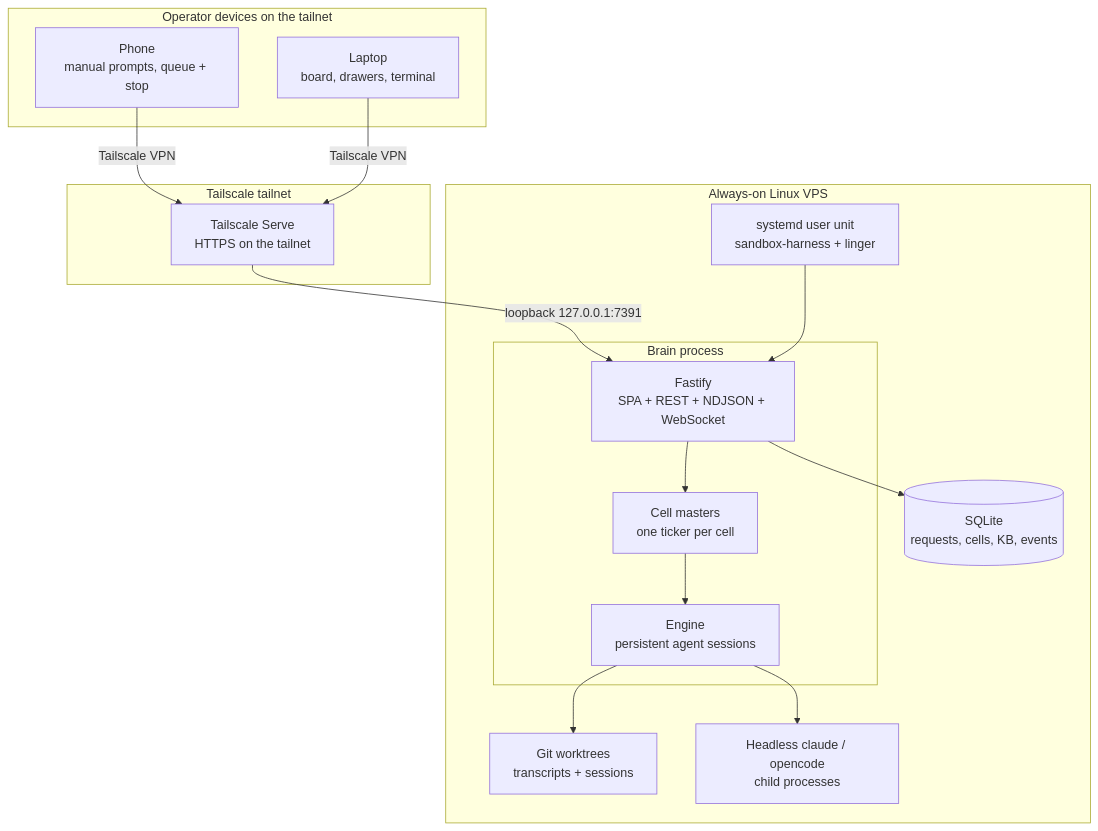
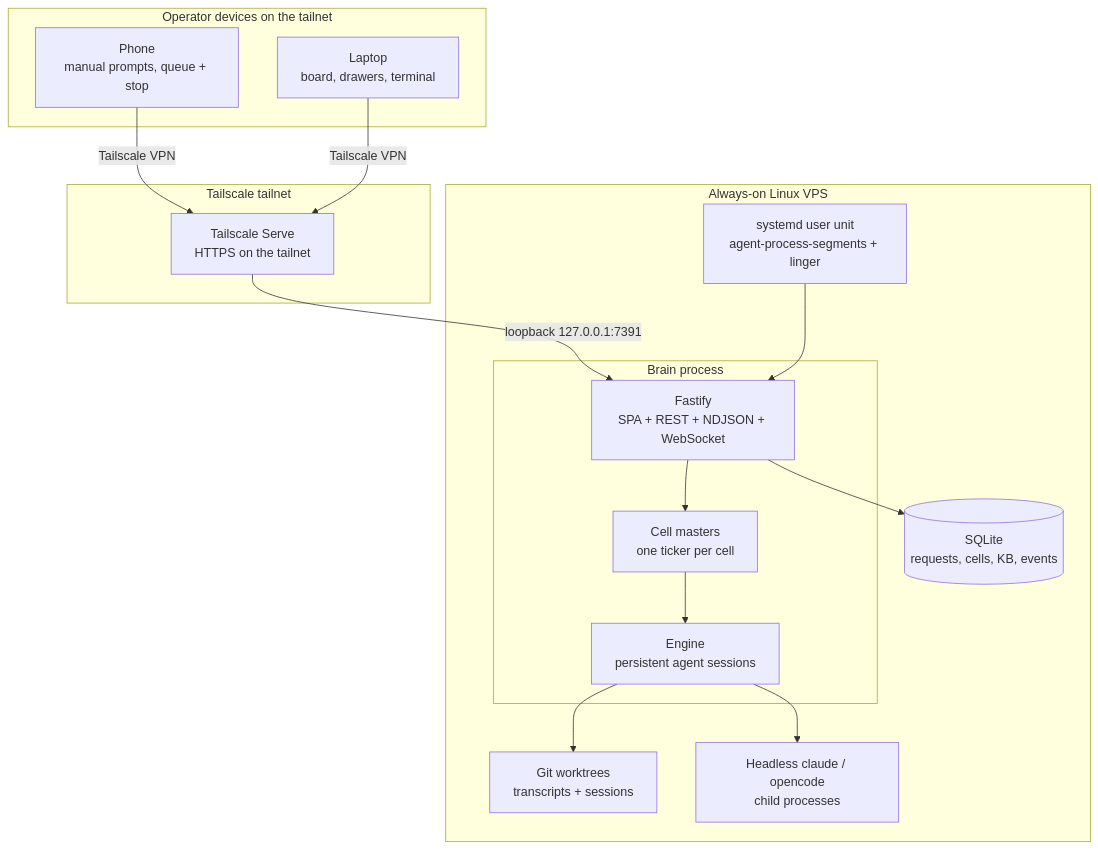
Before and after one commit to jlucero805/AgentProcessSegments: the first of 3 diagrams in README.md, drawn with Mermaid. The commit also changed other lines of this file and 34 other files, not shown here.

````diff
--- a/README.md
+++ b/README.md
@@ -26,33 +26,33 @@
 ```mermaid
 flowchart TB
   subgraph Devices["Operator devices on the tailnet"]
     Phone["Phone<br/>manual prompts, queue + stop"]
     Laptop["Laptop<br/>board, drawers, terminal"]
   end
 
   subgraph Tailnet["Tailscale tailnet"]
     Serve["Tailscale Serve<br/>HTTPS on the tailnet"]
   end
 
   subgraph VPS["Always-on Linux VPS"]
-    Unit["systemd user unit<br/>sandbox-harness + linger"]
+    Unit["systemd user unit<br/>agent-process-segments + linger"]
     subgraph Brain["Brain process"]
       HTTP["Fastify<br/>SPA + REST + NDJSON + WebSocket"]
       Masters["Cell masters<br/>one ticker per cell"]
       Engine["Engine<br/>persistent agent sessions"]
     end
     DB[("SQLite<br/>requests, cells, KB, events")]
     Work["Git worktrees<br/>transcripts + sessions"]
     Agents["Headless claude / opencode<br/>child processes"]
   end
 
   Phone -->|Tailscale VPN| Serve
   Laptop -->|Tailscale VPN| Serve
   Serve -->|loopback 127.0.0.1:7391| HTTP
   Unit --> HTTP
   HTTP --> DB
   HTTP --> Masters
   Masters --> Engine
   Engine --> Agents
   Engine --> Work
 ```
````
